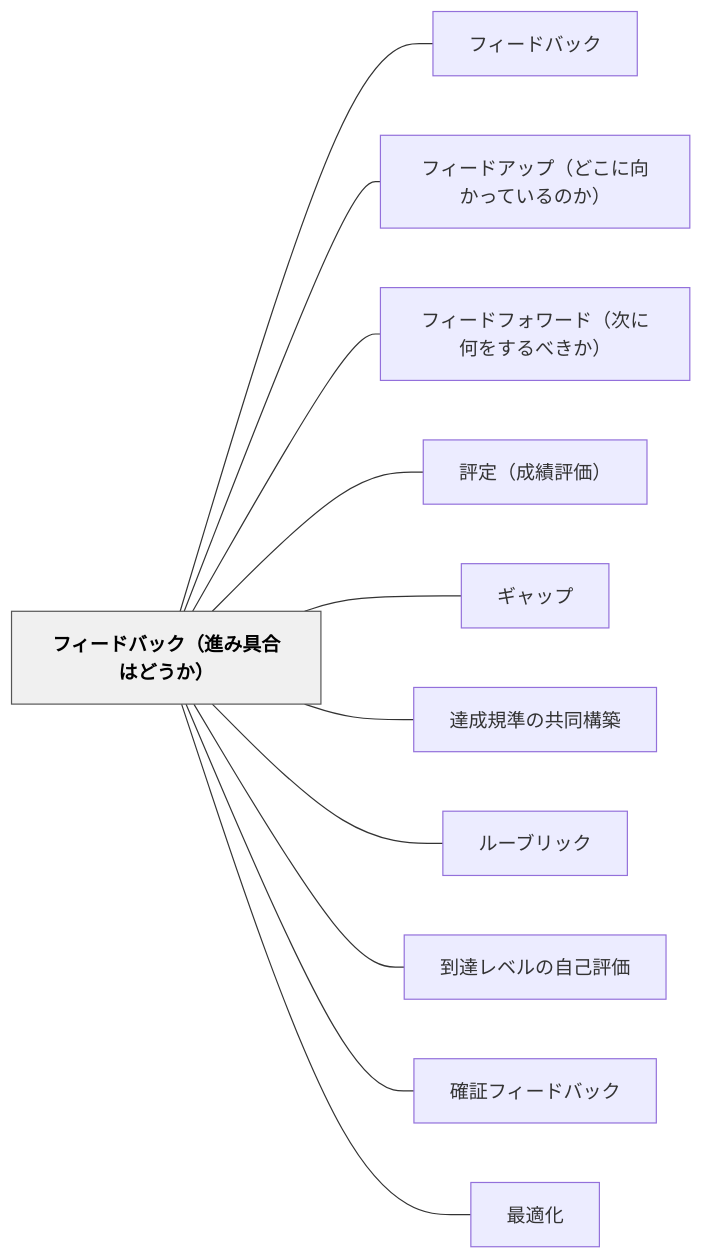
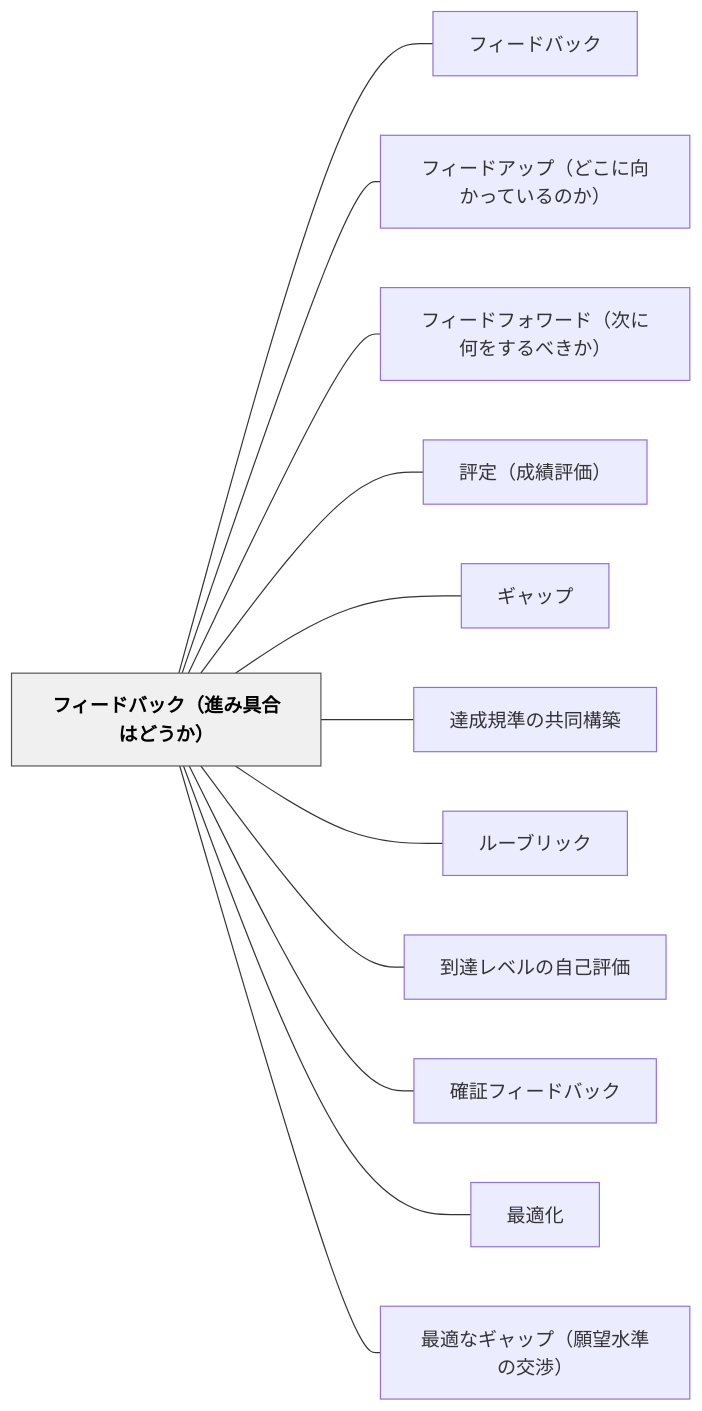
The diagram in content/パタン/フィードバック（進み具合はどうか）.md (unknownthings-ed-patterns/unknownthings-ed-patterns), drawn with Mermaid before and after one commit. The commit also changed other lines of this file and 42 other files, not shown here.

````diff
--- a/content/パタン/フィードバック（進み具合はどうか）.md
+++ b/content/パタン/フィードバック（進み具合はどうか）.md
@@ -74,28 +75,30 @@
 ```mermaid
 flowchart LR
     ne38395e382a3e383bce38389e38390e38383e382afefbc88e980b2e381bfe585b7e59088e381afe381a9e38186e3818befbc89["フィードバック（進み具合はどうか）"]
     ne38395e382a3e383bce38389e38390e38383e382af["フィードバック"]
     ne38395e382a3e383bce38389e382a2e38383e38397efbc88e381a9e38193e381abe59091e3818be381a3e381a6e38184e3828be381aee3818befbc89["フィードアップ（どこに向かっているのか）"]
     ne38395e382a3e383bce38389e38395e382a9e383afe383bce38389efbc88e6aca1e381abe4bd95e38292e38199e3828be381b9e3818de3818befbc89["フィードフォワード（次に何をするべきか）"]
     ne8a995e5ae9aefbc88e68890e7b8bee8a995e4bea1efbc89["評定（成績評価）"]
     ne382aee383a3e38383e38397["ギャップ"]
     ne98194e68890e8a68fe6ba96e381aee585b1e5908ce6a78be7af89["達成規準の共同構築"]
     ne383abe383bce38396e383aae38383e382af["ルーブリック"]
     ne588b0e98194e383ace38399e383abe381aee887aae5b7b1e8a995e4bea1["到達レベルの自己評価"]
     ne7a2bae8a8bce38395e382a3e383bce38389e38390e38383e382af["確証フィードバック"]
     ne69c80e981a9e58c96["最適化"]
+    ne69c80e981a9e381aae382aee383a3e38383e38397efbc88e9a198e69c9be6b0b4e6ba96e381aee4baa4e6b889efbc89["最適なギャップ（願望水準の交渉）"]
 
     ne38395e382a3e383bce38389e38390e38383e382afefbc88e980b2e381bfe585b7e59088e381afe381a9e38186e3818befbc89 --- ne38395e382a3e383bce38389e38390e38383e382af
     ne38395e382a3e383bce38389e38390e38383e382afefbc88e980b2e381bfe585b7e59088e381afe381a9e38186e3818befbc89 --- ne38395e382a3e383bce38389e382a2e38383e38397efbc88e381a9e38193e381abe59091e3818be381a3e381a6e38184e3828be381aee3818befbc89
     ne38395e382a3e383bce38389e38390e38383e382afefbc88e980b2e381bfe585b7e59088e381afe381a9e38186e3818befbc89 --- ne38395e382a3e383bce38389e38395e382a9e383afe383bce38389efbc88e6aca1e381abe4bd95e38292e38199e3828be381b9e3818de3818befbc89
     ne38395e382a3e383bce38389e38390e38383e382afefbc88e980b2e381bfe585b7e59088e381afe381a9e38186e3818befbc89 --- ne8a995e5ae9aefbc88e68890e7b8bee8a995e4bea1efbc89
     ne38395e382a3e383bce38389e38390e38383e382afefbc88e980b2e381bfe585b7e59088e381afe381a9e38186e3818befbc89 --- ne382aee383a3e38383e38397
     ne38395e382a3e383bce38389e38390e38383e382afefbc88e980b2e381bfe585b7e59088e381afe381a9e38186e3818befbc89 --- ne98194e68890e8a68fe6ba96e381aee585b1e5908ce6a78be7af89
     ne38395e382a3e383bce38389e38390e38383e382afefbc88e980b2e381bfe585b7e59088e381afe381a9e38186e3818befbc89 --- ne383abe383bce38396e383aae38383e382af
     ne38395e382a3e383bce38389e38390e38383e382afefbc88e980b2e381bfe585b7e59088e381afe381a9e38186e3818befbc89 --- ne588b0e98194e383ace38399e383abe381aee887aae5b7b1e8a995e4bea1
     ne38395e382a3e383bce38389e38390e38383e382afefbc88e980b2e381bfe585b7e59088e381afe381a9e38186e3818befbc89 --- ne7a2bae8a8bce38395e382a3e383bce38389e38390e38383e382af
     ne38395e382a3e383bce38389e38390e38383e382afefbc88e980b2e381bfe585b7e59088e381afe381a9e38186e3818befbc89 --- ne69c80e981a9e58c96
+    ne38395e382a3e383bce38389e38390e38383e382afefbc88e980b2e381bfe585b7e59088e381afe381a9e38186e3818befbc89 --- ne69c80e981a9e381aae382aee383a3e38383e38397efbc88e9a198e69c9be6b0b4e6ba96e381aee4baa4e6b889efbc89
 
     classDef hub fill:#f0f0f0,stroke:#555,color:#000,font-weight:bold
     class ne38395e382a3e383bce38389e38390e38383e382afefbc88e980b2e381bfe585b7e59088e381afe381a9e38186e3818befbc89 hub
 ```
````
